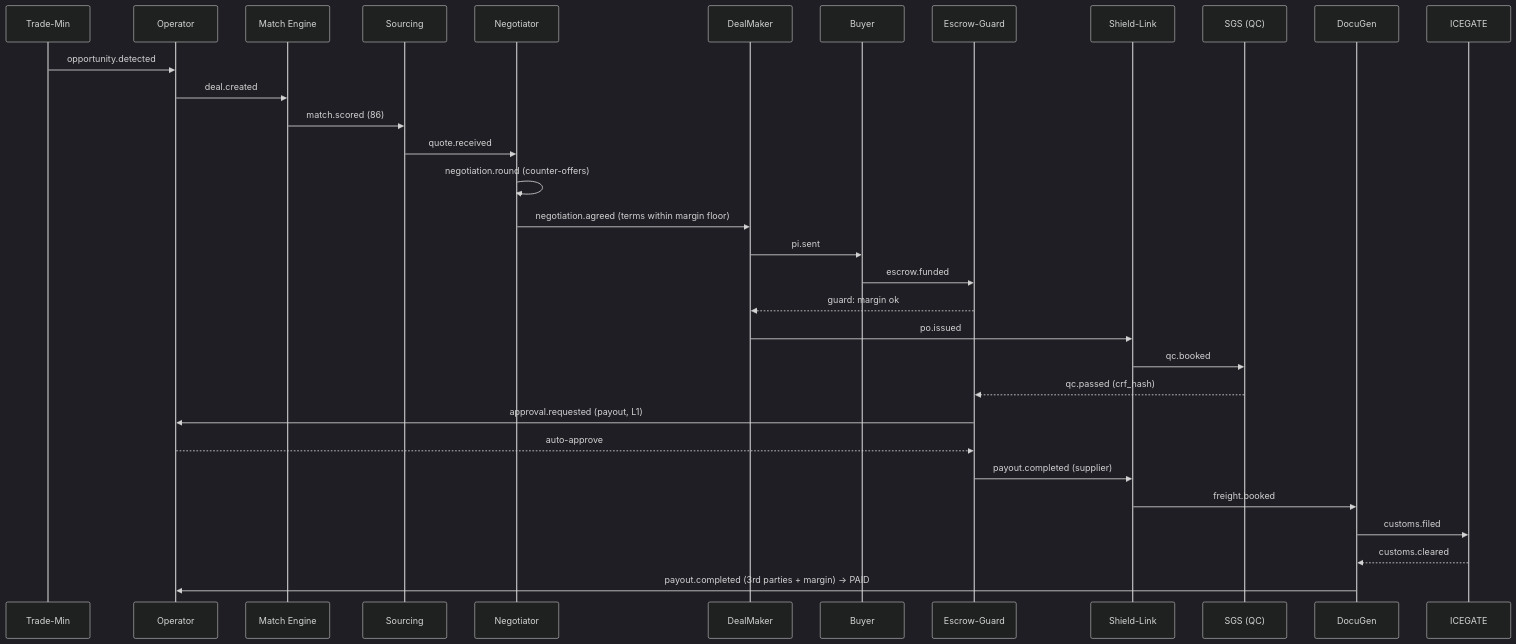
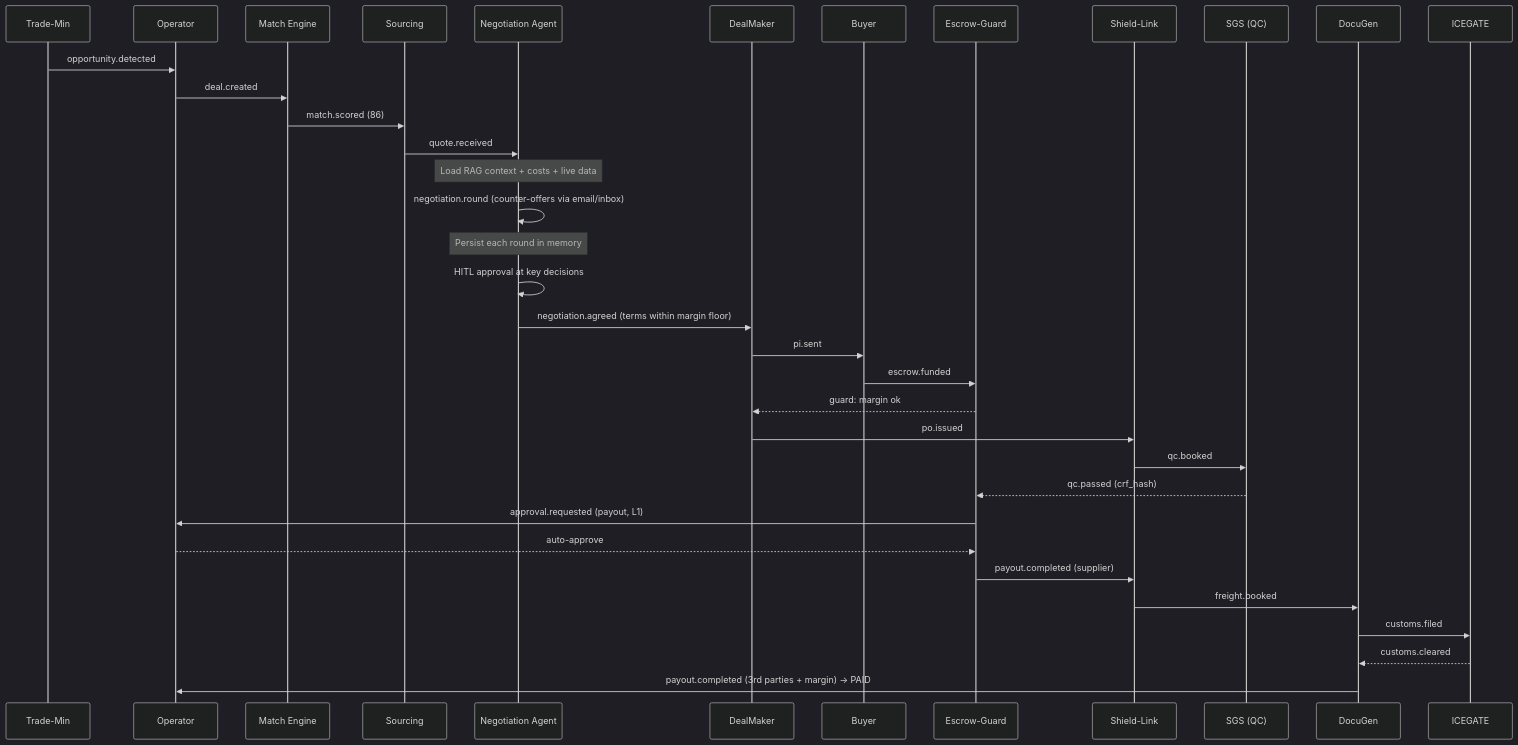
Before and after one commit to RouteToRich/portless: diagram 12 of 13 in needed/portless_master_specification.md, drawn with Mermaid (dark theme). The commit also changed other lines of this file and 53 other files, not shown here.

````diff
--- a/needed/portless_master_specification.md
+++ b/needed/portless_master_specification.md
@@ -584,35 +807,38 @@
 ```mermaid
 sequenceDiagram
     participant TM as Trade-Min
     participant OP as Operator
     participant ME as Match Engine
     participant SO as Sourcing
-    participant NG as Negotiator
+    participant NG as Negotiation Agent
     participant DM as DealMaker
     participant BU as Buyer
     participant EG as Escrow-Guard
     participant SL as Shield-Link
     participant SGS as SGS (QC)
     participant DG as DocuGen
     participant IC as ICEGATE
 
     TM->>OP: opportunity.detected
     OP->>ME: deal.created
     ME->>SO: match.scored (86)
     SO->>NG: quote.received
-    NG->>NG: negotiation.round (counter-offers)
+    Note over NG: Load RAG context + costs + live data
+    NG->>NG: negotiation.round (counter-offers via email/inbox)
+    Note over NG: Persist each round in memory
+    NG->>NG: HITL approval at key decisions
     NG->>DM: negotiation.agreed (terms within margin floor)
     DM->>BU: pi.sent
     BU->>EG: escrow.funded
     EG-->>DM: guard: margin ok
     DM->>SL: po.issued
     SL->>SGS: qc.booked
     SGS-->>EG: qc.passed (crf_hash)
     EG->>OP: approval.requested (payout, L1)
     OP-->>EG: auto-approve
     EG->>SL: payout.completed (supplier)
     SL->>DG: freight.booked
     DG->>IC: customs.filed
     IC-->>DG: customs.cleared
     DG->>OP: payout.completed (3rd parties + margin) → PAID
 ```
````
